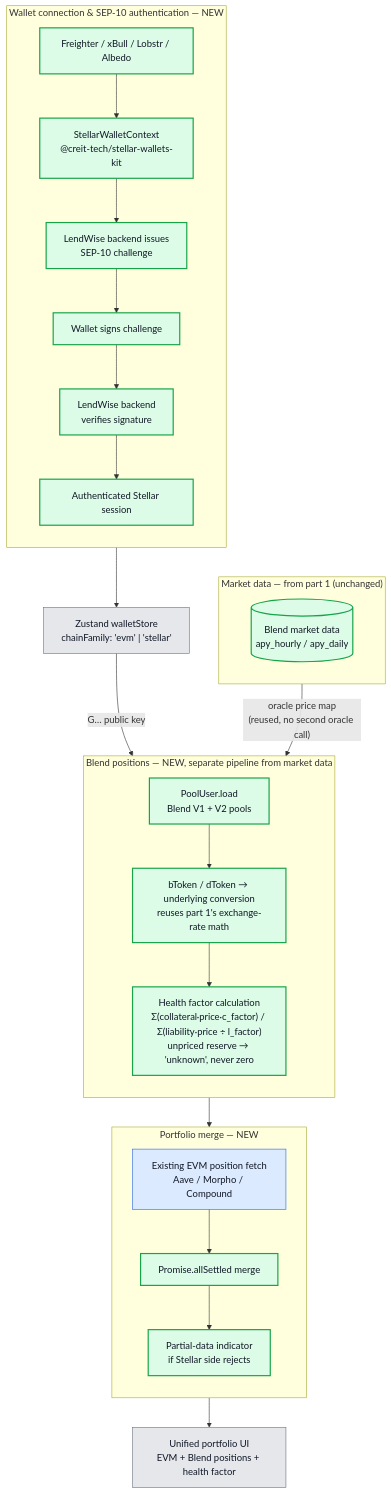
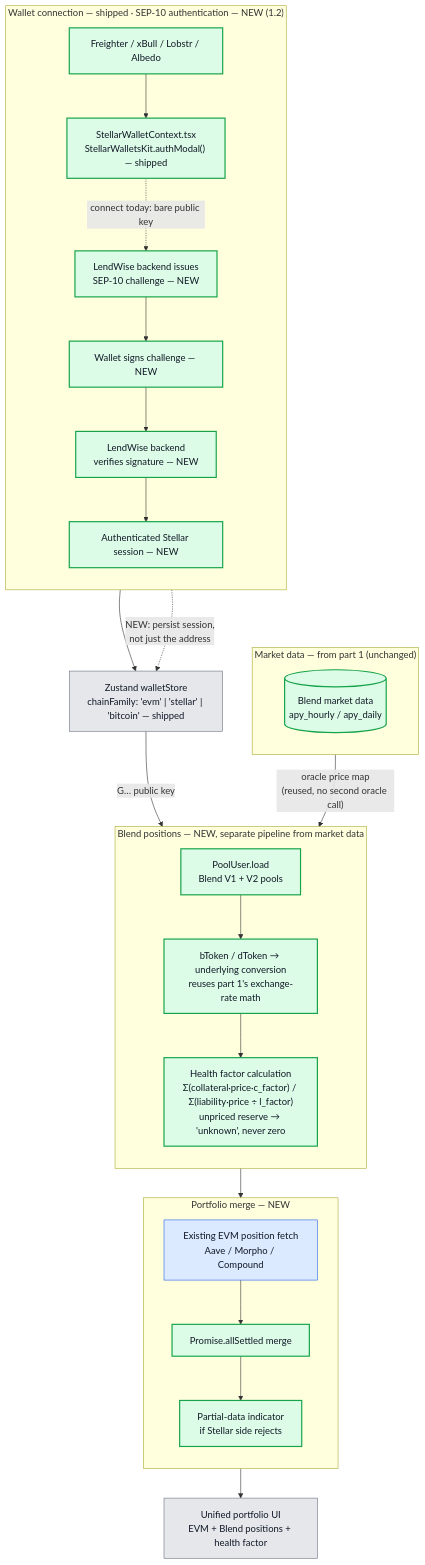
One commit to cedricmagne/lendwise changed the third of 6 diagrams in docs/architecture-stellar-integration.md. Above: the diagram before and after it, drawn with Mermaid. The commit also changed other lines of this file and 1 other file, not shown here.

Commit message:
chore: update architecture stellar & bland diagram

````diff
--- a/docs/architecture-stellar-integration.md
+++ b/docs/architecture-stellar-integration.md
@@ -146,49 +172,50 @@
 ```mermaid
 flowchart TD
-    subgraph Auth["Wallet connection & SEP-10 authentication — NEW"]
+    subgraph Auth["Wallet connection — shipped · SEP-10 authentication — NEW (1.2)"]
         direction TB
-        Wallets["Freighter / xBull / Lobstr / Albedo"] --> StellarKit["StellarWalletContext<br/>@creit-tech/stellar-wallets-kit"]
-        StellarKit --> Challenge["LendWise backend issues<br/>SEP-10 challenge"]
-        Challenge --> Sign["Wallet signs challenge"]
-        Sign --> Verify["LendWise backend<br/>verifies signature"]
-        Verify --> Session["Authenticated Stellar session"]
+        Wallets["Freighter / xBull / Lobstr / Albedo"] --> StellarKit["StellarWalletContext.tsx<br/>StellarWalletsKit.authModal() — shipped"]
+        StellarKit -.->|"connect today: bare public key"| Challenge["LendWise backend issues<br/>SEP-10 challenge — NEW"]
+        Challenge --> Sign["Wallet signs challenge — NEW"]
+        Sign --> Verify["LendWise backend<br/>verifies signature — NEW"]
+        Verify --> Session["Authenticated Stellar session — NEW"]
     end
 
-    Session --> Store["Zustand walletStore<br/>chainFamily: 'evm' | 'stellar'"]
+    StellarKit --> Store["Zustand walletStore<br/>chainFamily: 'evm' | 'stellar' | 'bitcoin' — shipped"]
+    Session -.->|"NEW: persist session,<br/>not just the address"| Store
 
     subgraph MarketData["Market data — from part 1 (unchanged)"]
         direction TB
         BlendMarket[("Blend market data<br/>apy_hourly / apy_daily")]
     end
 
     subgraph Positions["Blend positions — NEW, separate pipeline from market data"]
         direction TB
         PoolUser["PoolUser.load<br/>Blend V1 + V2 pools"]
         Convert["bToken / dToken → underlying conversion<br/>reuses part 1's exchange-rate math"]
         Health["Health factor calculation<br/>Σ(collateral·price·c_factor) / Σ(liability·price ÷ l_factor)<br/>unpriced reserve → 'unknown', never zero"]
         PoolUser --> Convert --> Health
     end
 
     Store -->|"G… public key"| PoolUser
     BlendMarket -->|"oracle price map<br/>(reused, no second oracle call)"| Health
 
     subgraph Merge["Portfolio merge — NEW"]
         direction TB
         EvmPositions["Existing EVM position fetch<br/>Aave / Morpho / Compound"]
         Allsettled["Promise.allSettled merge"]
         Degrade["Partial-data indicator<br/>if Stellar side rejects"]
         EvmPositions --> Allsettled
         Health --> Allsettled
         Allsettled --> Degrade
     end
 
     Degrade --> Portfolio["Unified portfolio UI<br/>EVM + Blend positions + health factor"]
 
     classDef core fill:#e5e7eb,stroke:#6b7280,color:#111827;
     classDef evm fill:#dbeafe,stroke:#2563eb,color:#111827;
     classDef stellar fill:#dcfce7,stroke:#16a34a,color:#111827,stroke-width:2px;
 
     class Store,Portfolio core;
     class EvmPositions evm;
     class Wallets,StellarKit,Challenge,Sign,Verify,Session,PoolUser,Convert,Health,BlendMarket,Allsettled,Degrade stellar;
 ```
````
